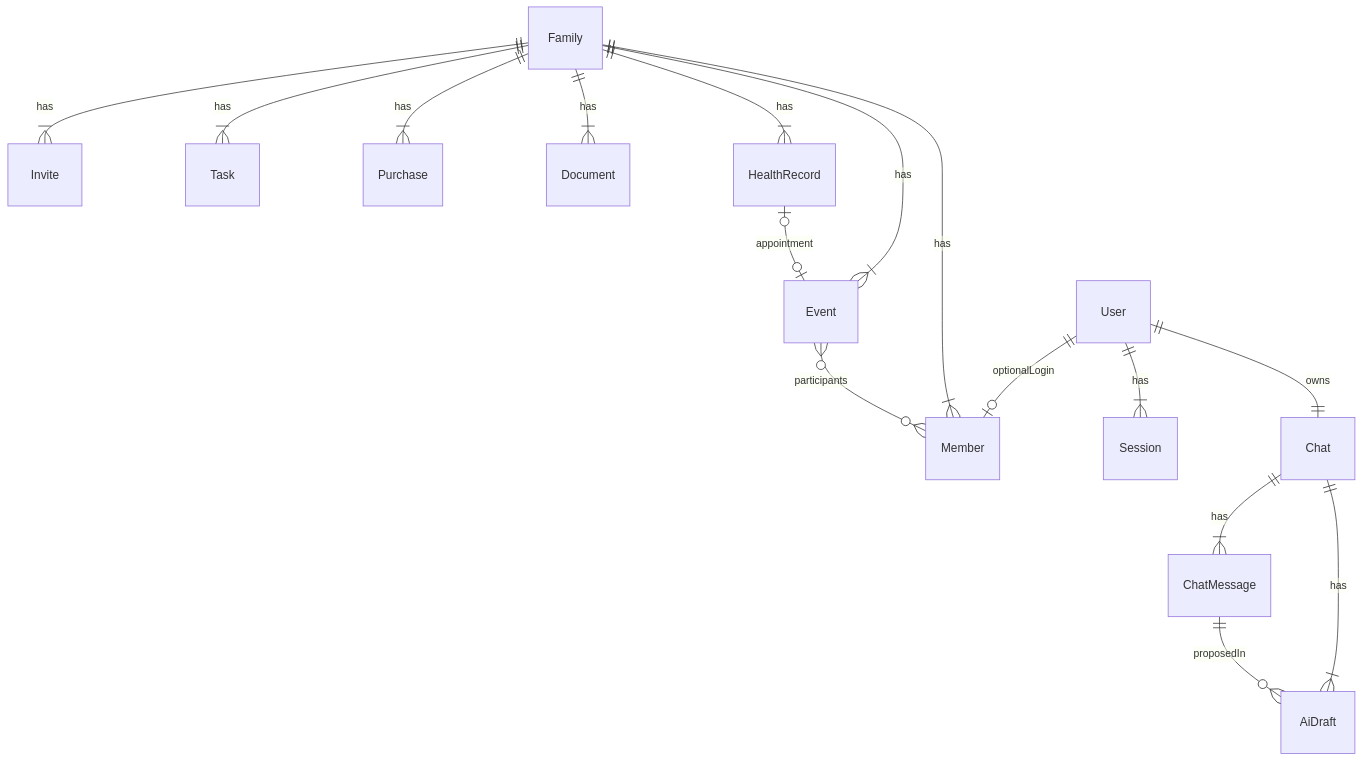
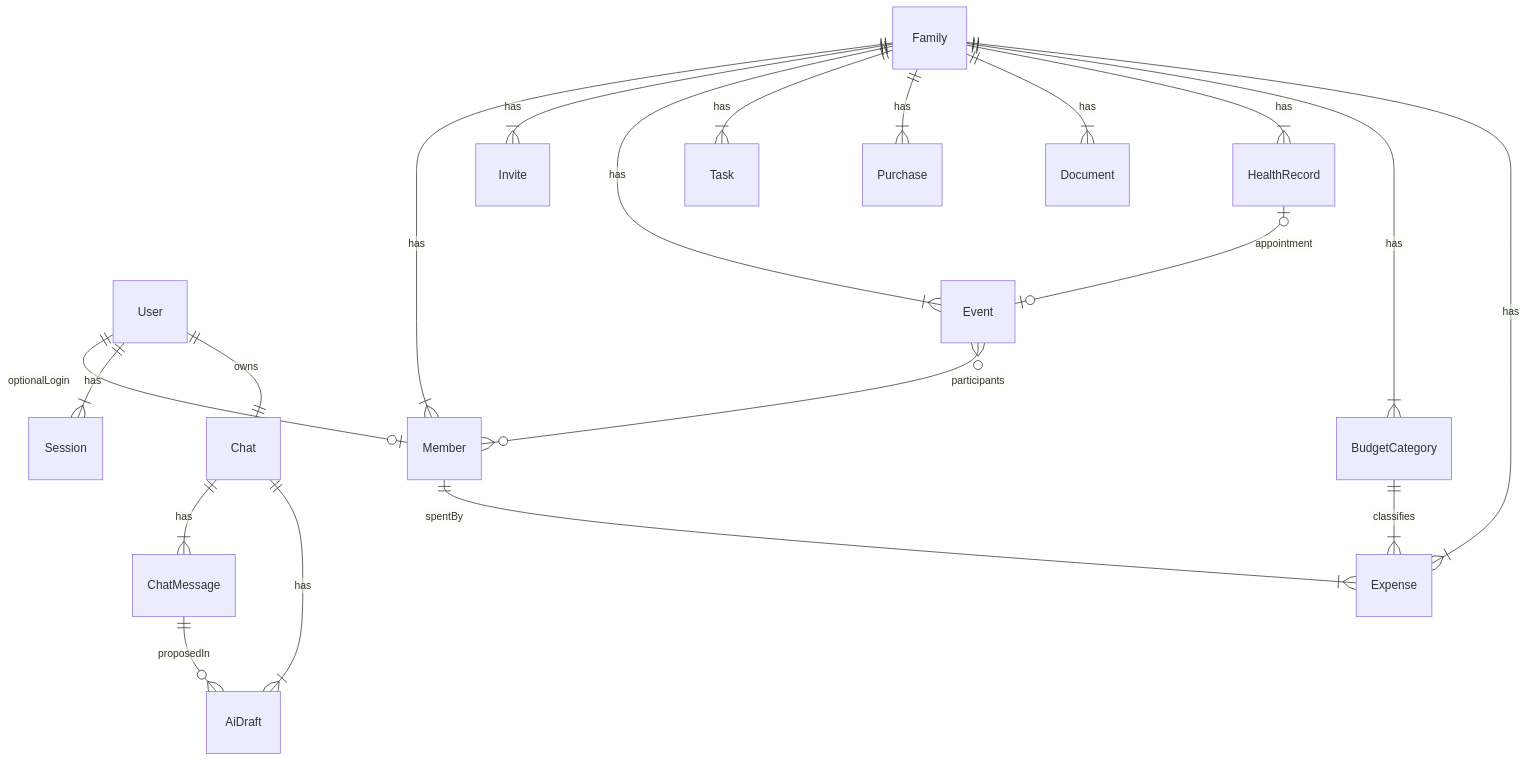
The diagram in docs/data-model.md (shamilfrontend/family-assistant), drawn with Mermaid before and after one commit. The commit also changed other lines of this file and 35 other files, not shown here.

````diff
--- a/docs/data-model.md
+++ b/docs/data-model.md
@@ -9,18 +9,22 @@
 ```mermaid
 erDiagram
   User ||--o| Member : optionalLogin
   User ||--|{ Session : has
   User ||--|| Chat : owns
   Family ||--|{ Member : has
   Family ||--|{ Invite : has
   Family ||--|{ Event : has
   Family ||--|{ Task : has
   Family ||--|{ Purchase : has
   Family ||--|{ Document : has
   Family ||--|{ HealthRecord : has
+  Family ||--|{ BudgetCategory : has
+  Family ||--|{ Expense : has
   Event }o--o{ Member : participants
+  BudgetCategory ||--|{ Expense : classifies
+  Member ||--|{ Expense : spentBy
   HealthRecord |o--o| Event : appointment
   Chat ||--|{ ChatMessage : has
   Chat ||--|{ AiDraft : has
   ChatMessage ||--o{ AiDraft : proposedIn
 ```
````
